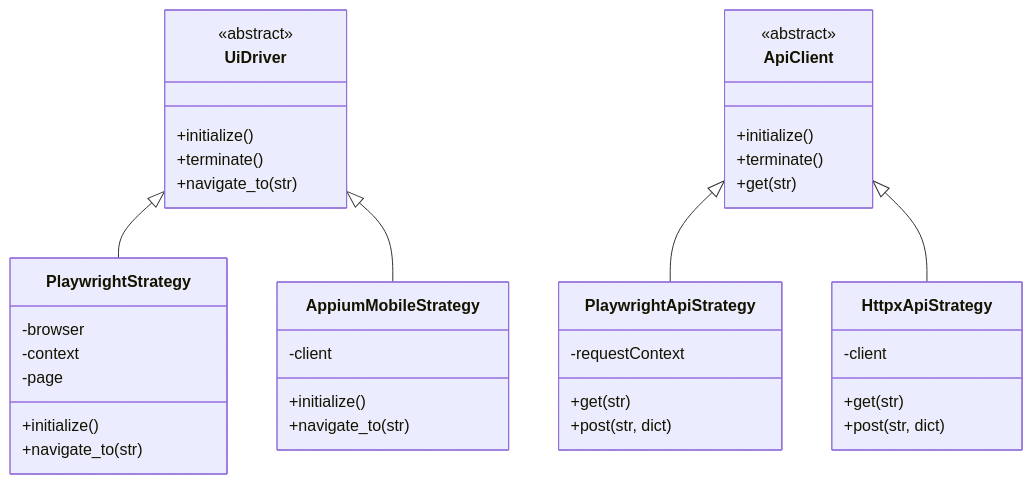
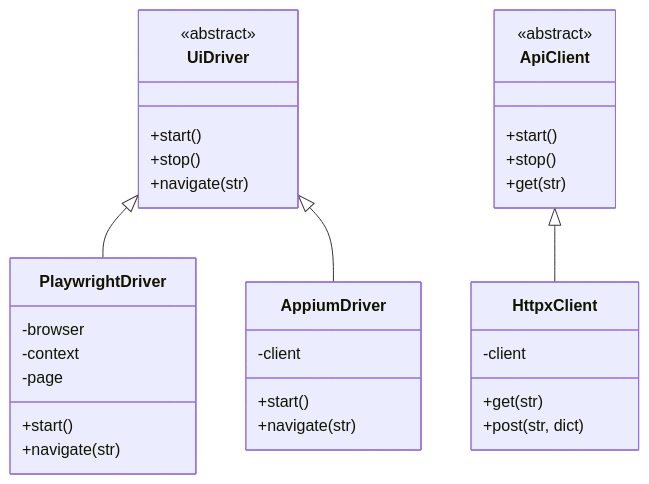
The second of 3 diagrams in docs/architecture/overview.md (vinipx/taflex-python-modular), drawn with Mermaid before and after one commit. The commit also changed other lines of this file and 4 other files, not shown here.

Commit message:
docs: synchronize architecture and API documentation with implementation

````diff
--- a/docs/architecture/overview.md
+++ b/docs/architecture/overview.md
@@ -85,46 +72,39 @@
 ```mermaid
 classDiagram
     class UiDriver {
         <<abstract>>
-        +initialize()
-        +terminate()
-        +navigate_to(str)
+        +start()
+        +stop()
+        +navigate(str)
     }
     class ApiClient {
         <<abstract>>
-        +initialize()
-        +terminate()
+        +start()
+        +stop()
         +get(str)
     }
 
-    class PlaywrightStrategy {
+    class PlaywrightDriver {
         -browser
         -context
         -page
-        +initialize()
-        +navigate_to(str)
+        +start()
+        +navigate(str)
     }
 
-    class PlaywrightApiStrategy {
-        -requestContext
-        +get(str)
-        +post(str, dict)
+    class AppiumDriver {
+        -client
+        +start()
+        +navigate(str)
     }
 
-    class AppiumMobileStrategy {
-        -client
-        +initialize()
-        +navigate_to(str)
-    }
-
-    class HttpxApiStrategy {
+    class HttpxClient {
         -client
         +get(str)
         +post(str, dict)
     }
 
-    UiDriver <|-- PlaywrightStrategy
-    ApiClient <|-- PlaywrightApiStrategy
-    ApiClient <|-- HttpxApiStrategy
-    UiDriver <|-- AppiumMobileStrategy
+    UiDriver <|-- PlaywrightDriver
+    ApiClient <|-- HttpxClient
+    UiDriver <|-- AppiumDriver
 ```
````
